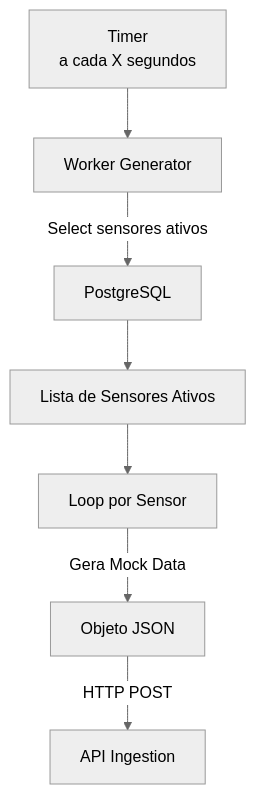
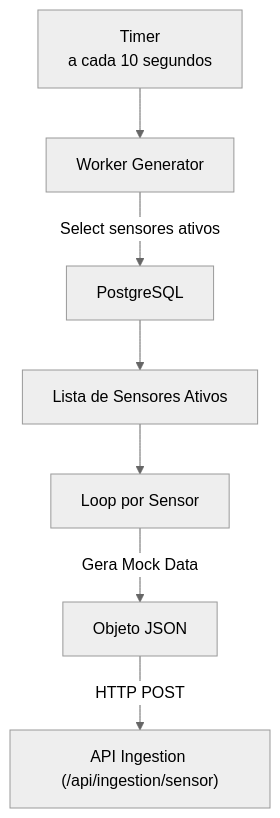
One commit to humbertoluis22/agrosolutions-worker-sensors changed the second of 2 diagrams in README.md. Above: the diagram before and after it, drawn with Mermaid (neutral theme). The commit also changed other lines of this file, not shown here.

````diff
--- a/README.md
+++ b/README.md
@@ -58,10 +60,9 @@
 ```mermaid
 graph TD
-    A["Timer<br/>a cada X segundos"] --> B["Worker Generator"]
+    A["Timer<br/>a cada 10 segundos"] --> B["Worker Generator"]
     B -->|"Select sensores ativos"| C["PostgreSQL"]
     C --> D["Lista de Sensores Ativos"]
     D --> E["Loop por Sensor"]
     E -->|"Gera Mock Data"| F["Objeto JSON"]
-    F -->|"HTTP POST"| G["API Ingestion"]
-
+    F -->|"HTTP POST"| G["API Ingestion (/api/ingestion/sensor)"]
 ```
````
